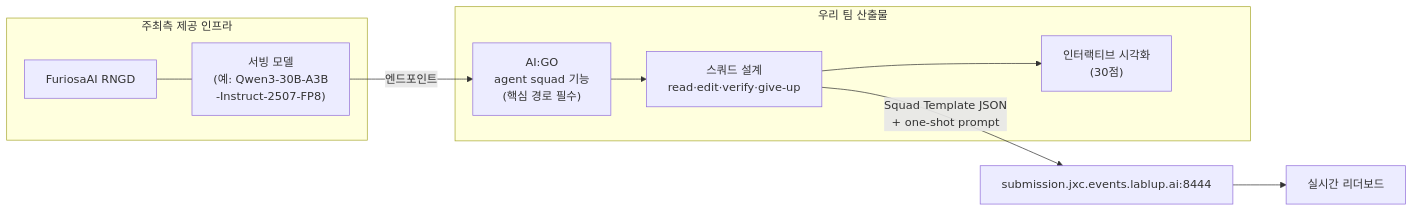
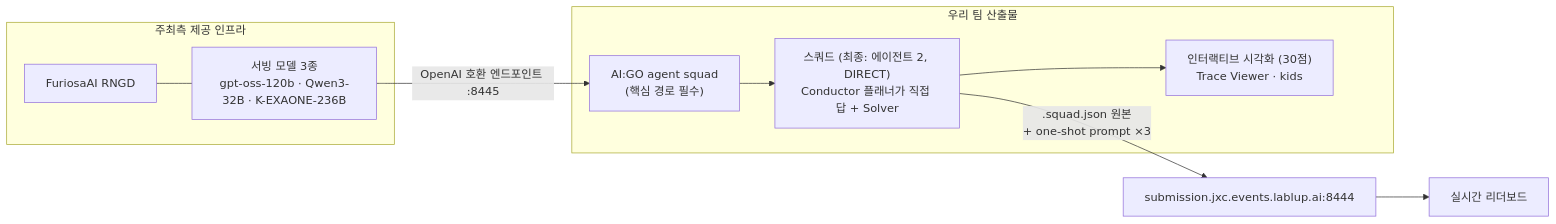
The diagram in content/track-mission.md (jsonpassion/cp), drawn with Mermaid before and after one commit. The commit also changed other lines of this file and 32 other files, not shown here.

````diff
--- a/content/track-mission.md
+++ b/content/track-mission.md
@@ -33,17 +33,17 @@
 ```mermaid
 flowchart LR
     subgraph 제공["주최측 제공 인프라"]
         RNGD["FuriosaAI RNGD"]
-        M["서빙 모델<br/>(예: Qwen3-30B-A3B<br/>-Instruct-2507-FP8)"]
+        M["서빙 모델 3종<br/>gpt-oss-120b · Qwen3-32B · K-EXAONE-236B"]
         RNGD --- M
     end
     subgraph 우리팀["우리 팀 산출물"]
-        GO["AI:GO<br/>agent squad 기능<br/>(핵심 경로 필수)"]
-        SQ["스쿼드 설계<br/>read·edit·verify·give-up"]
-        VIZ["인터랙티브 시각화<br/>(30점)"]
+        GO["AI:GO agent squad<br/>(핵심 경로 필수)"]
+        SQ["스쿼드 (최종: 에이전트 2, DIRECT)<br/>Conductor 플래너가 직접 답 + Solver"]
+        VIZ["인터랙티브 시각화 (30점)<br/>Trace Viewer · kids"]
         GO --> SQ --> VIZ
     end
-    M -->|"엔드포인트"| GO
-    SQ -->|"Squad Template JSON<br/>+ one-shot prompt"| SUB["submission.jxc.events.lablup.ai:8444"]
+    M -->|"OpenAI 호환 엔드포인트 :8445"| GO
+    SQ -->|".squad.json 원본<br/>+ one-shot prompt ×3"| SUB["submission.jxc.events.lablup.ai:8444"]
     SUB --> LB["실시간 리더보드"]
 ```
````
